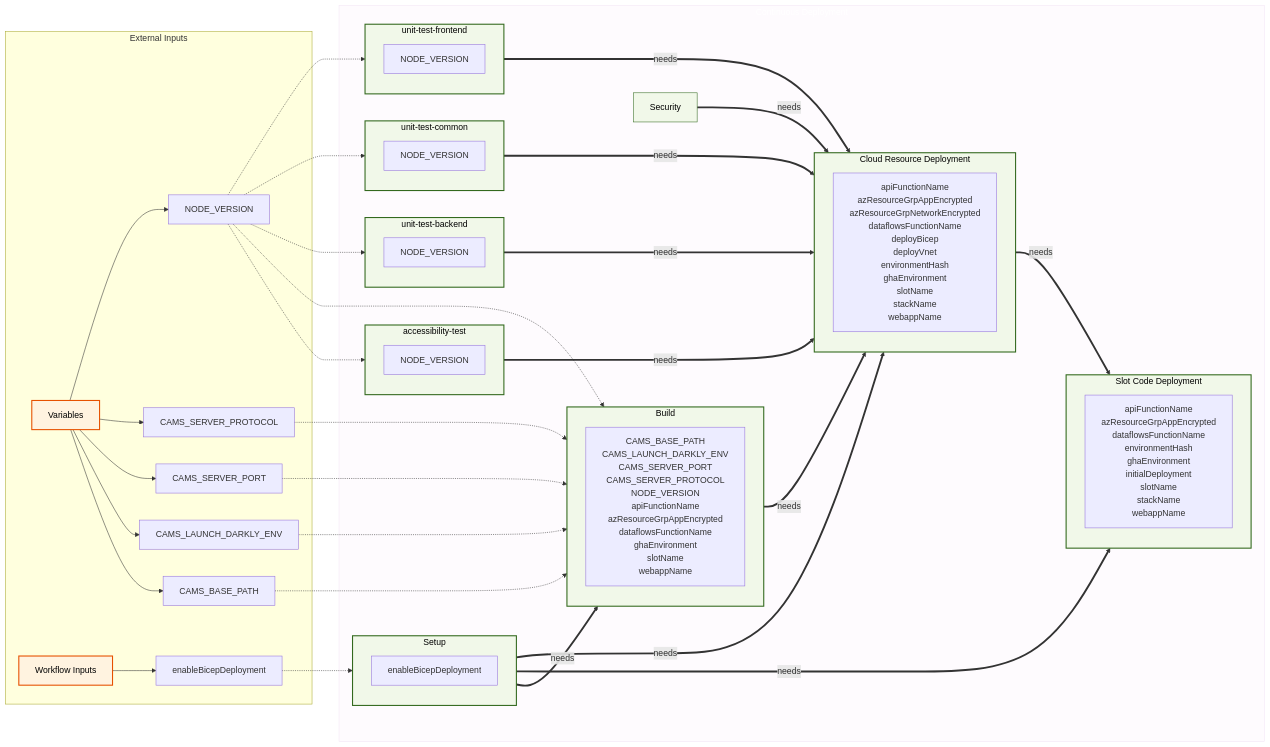
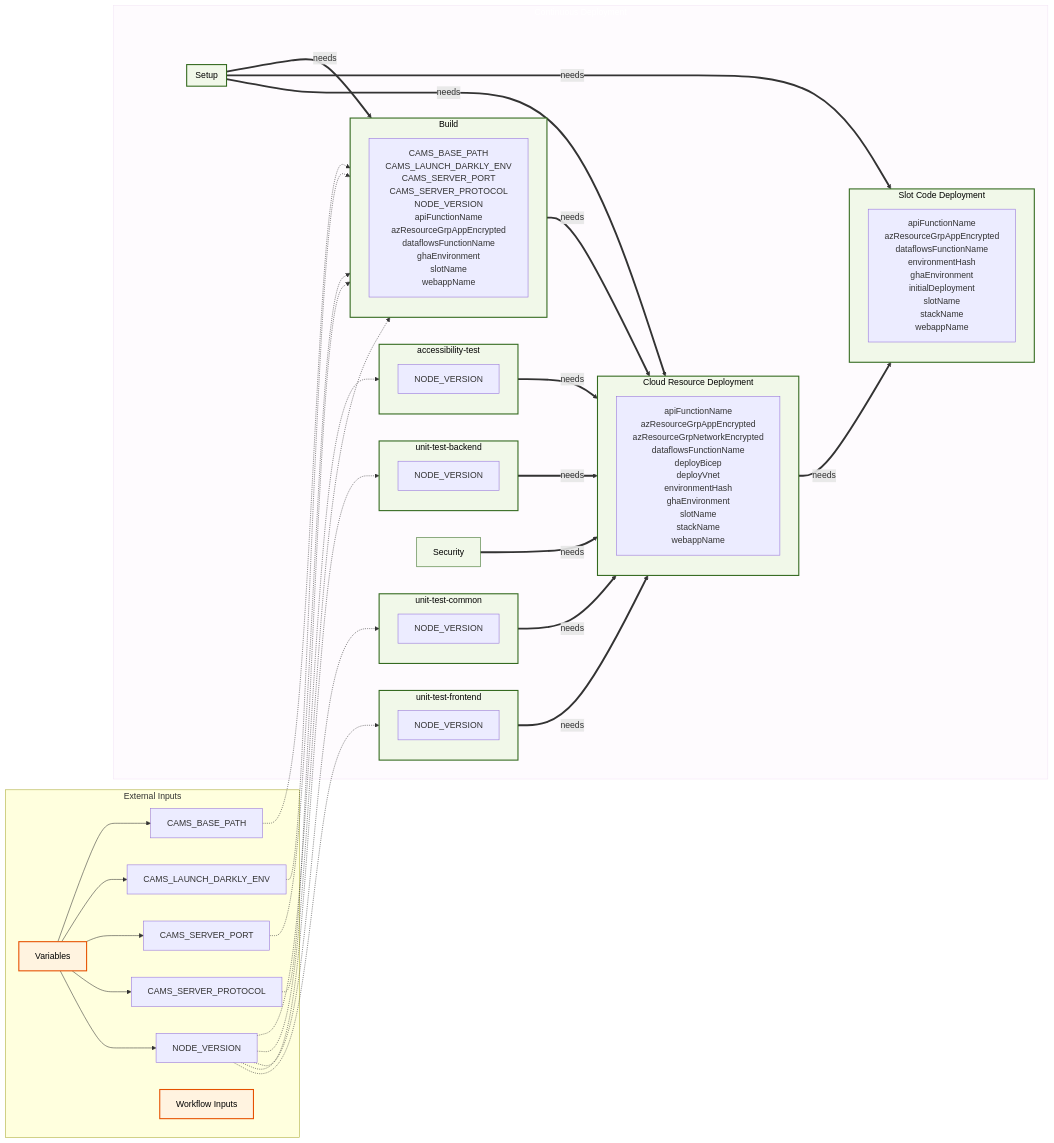
One commit to US-Trustee-Program/Bankruptcy-Oversight-Support-Systems changed diagram 14 of 21 in docs/operations/workflow-diagram.md. Above: the diagram before and after it, drawn with Mermaid. The commit also changed other lines of this file and 6 other files, not shown here.

First line of the commit message:
Remove "enableBicepDeployment" parameter in GHA

```diff
--- a/docs/operations/workflow-diagram.md
+++ b/docs/operations/workflow-diagram.md
@@ -807,12 +803,10 @@
         Variables_CAMS_SERVER_PROTOCOL["CAMS_SERVER_PROTOCOL"]
         Variables_NODE_VERSION["NODE_VERSION"]
         Workflow_Inputs["Workflow Inputs"]
-        Workflow_Inputs_enableBicepDeployment["enableBicepDeployment"]
     end
 
     subgraph continuous_deployment_workflow["Continuous Deployment"]
         subgraph setup_subgraph["Setup"]
-            setup_vars["enableBicepDeployment"]
         end
         subgraph accessibility_test_subgraph["accessibility-test"]
             accessibility_test_vars["NODE_VERSION"]
@@ -843,7 +837,6 @@
         Variables --> Variables_CAMS_SERVER_PORT
         Variables --> Variables_CAMS_SERVER_PROTOCOL
         Variables --> Variables_NODE_VERSION
-        Workflow_Inputs --> Workflow_Inputs_enableBicepDeployment
     Variables_CAMS_BASE_PATH -.-> build_subgraph
     Variables_CAMS_LAUNCH_DARKLY_ENV -.-> build_subgraph
     Variables_CAMS_SERVER_PORT -.-> build_subgraph
@@ -853,7 +846,6 @@
     Variables_NODE_VERSION -.-> unit_test_backend_subgraph
     Variables_NODE_VERSION -.-> unit_test_common_subgraph
     Variables_NODE_VERSION -.-> unit_test_frontend_subgraph
-    Workflow_Inputs_enableBicepDeployment -.-> setup_subgraph
     accessibility_test_subgraph ==>|"needs"| deploy_subgraph
     build_subgraph ==>|"needs"| deploy_subgraph
     deploy_subgraph ==>|"needs"| deploy_code_slot_subgraph
```
